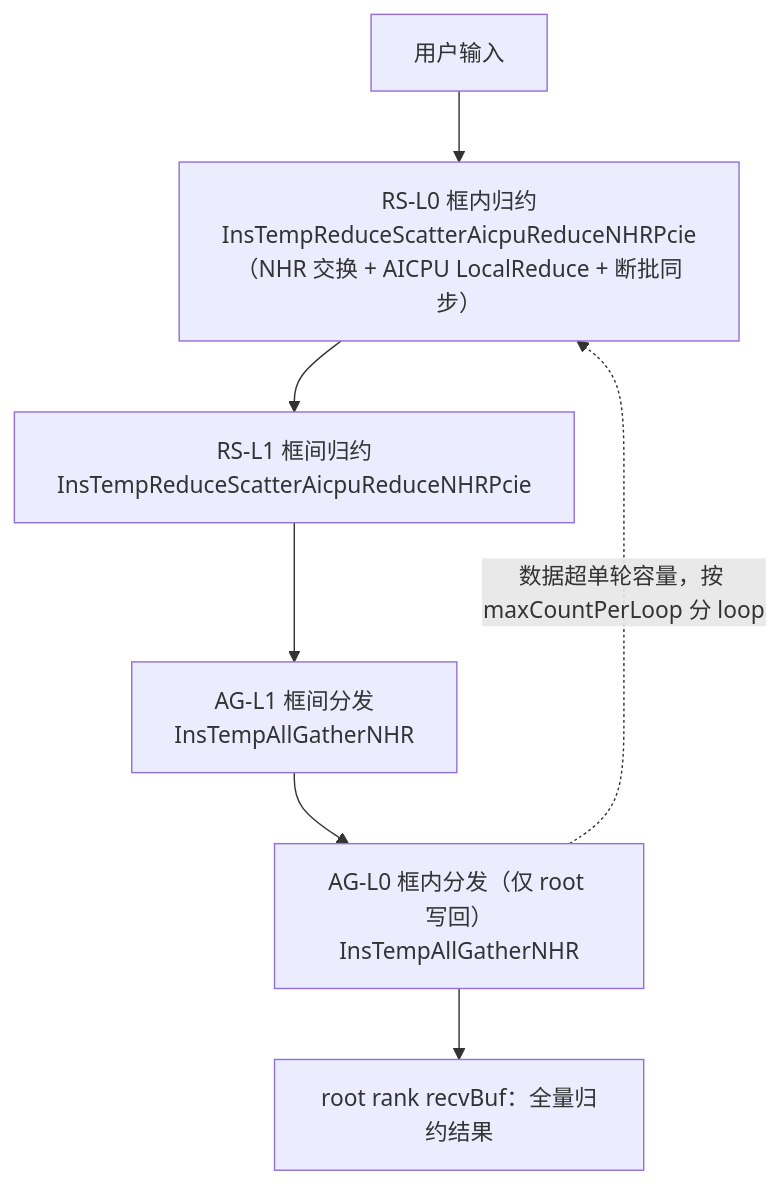
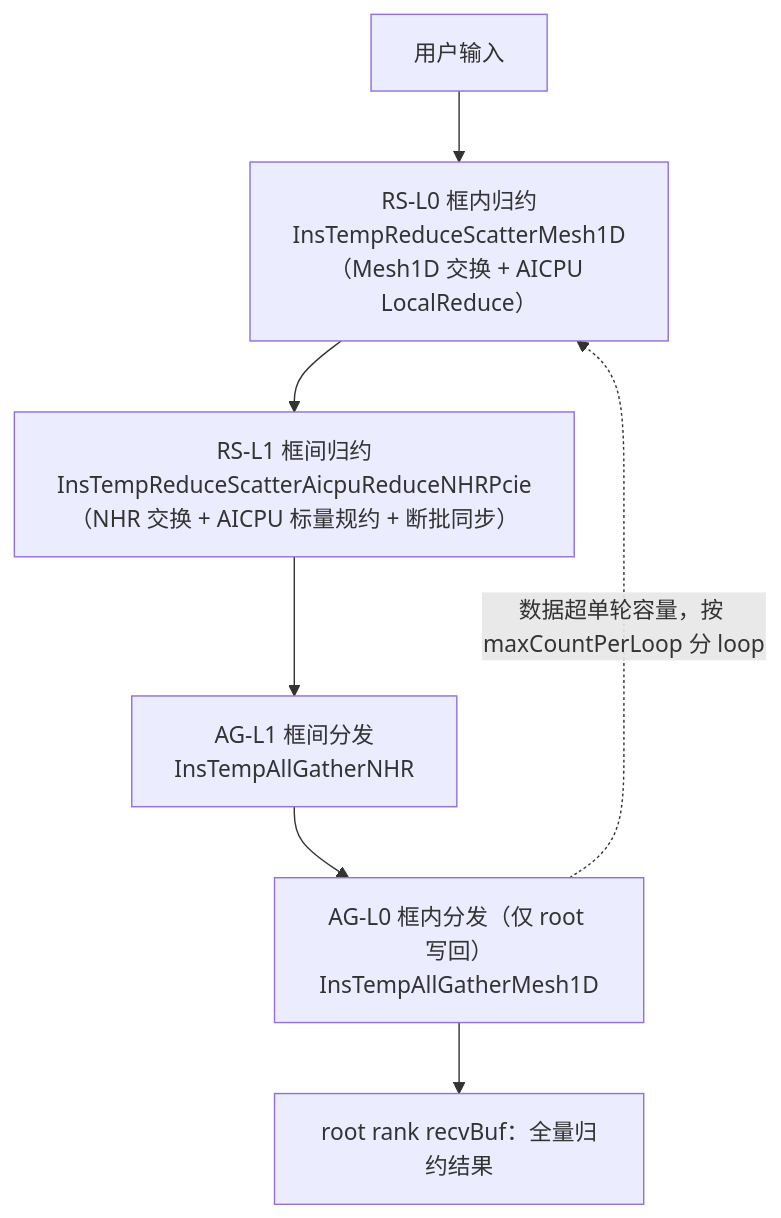
One commit to cassielee-tech/my-lib changed the second of 5 diagrams in design/26RP4/Reduce 64bit+特殊规约分级算法/srs&sd.md. Above: the diagram before and after it, drawn with Mermaid. The commit also changed other lines of this file and 2 other files, not shown here.

Commit message:
docs: Reduce 64bit分级算法——srs&sd按Mesh+NHR布局跑通刷新(14处)、STC重设计(44→56条,NPU真机组11条+pcie-mix过滤)、NPU一键执行脚本

````diff
--- a/design/26RP4/Reduce 64bit+特殊规约分级算法/srs&sd.md
+++ b/design/26RP4/Reduce 64bit+特殊规约分级算法/srs&sd.md
@@ -107,9 +107,9 @@
 ```mermaid
 flowchart TD
-    IN["用户输入"] --> RSL0["RS-L0 框内归约<br/>InsTempReduceScatterAicpuReduceNHRPcie<br/>（NHR 交换 + AICPU LocalReduce + 断批同步）"]
-    RSL0 --> RSL1["RS-L1 框间归约<br/>InsTempReduceScatterAicpuReduceNHRPcie"]
+    IN["用户输入"] --> RSL0["RS-L0 框内归约<br/>InsTempReduceScatterMesh1D<br/>（Mesh1D 交换 + AICPU LocalReduce）"]
+    RSL0 --> RSL1["RS-L1 框间归约<br/>InsTempReduceScatterAicpuReduceNHRPcie<br/>（NHR 交换 + AICPU 标量规约 + 断批同步）"]
     RSL1 --> AGL1["AG-L1 框间分发<br/>InsTempAllGatherNHR"]
-    AGL1 --> AGL0["AG-L0 框内分发（仅 root 写回）<br/>InsTempAllGatherNHR"]
+    AGL1 --> AGL0["AG-L0 框内分发（仅 root 写回）<br/>InsTempAllGatherMesh1D"]
     AGL0 --> OUT["root rank recvBuf：全量归约结果"]
     AGL0 -.->|"数据超单轮容量，按 maxCountPerLoop 分 loop"| RSL0
 ```
````
